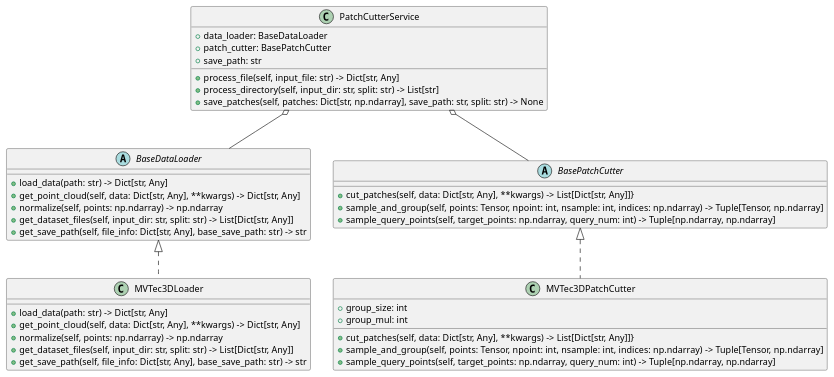
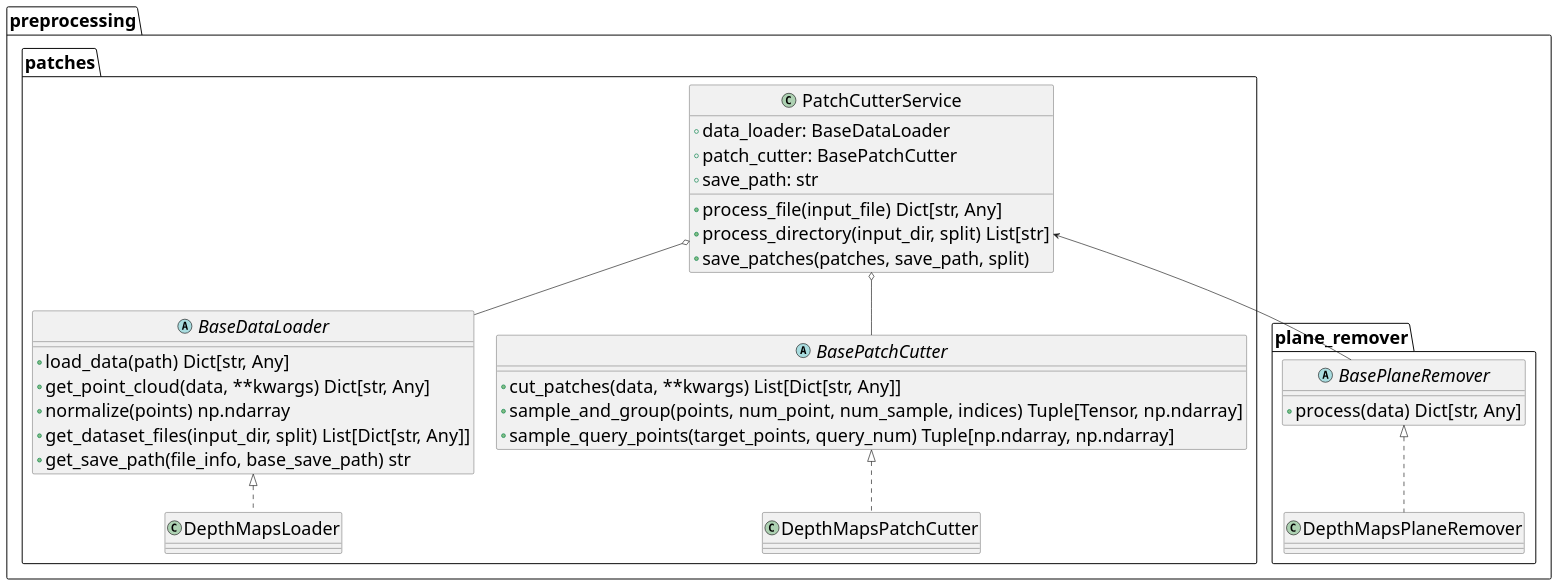
One commit to DaniiLBez/defects_detector changed the diagram in defects_detector/diagrams/puml/patch_cutter.puml. Above: the diagram before and after it, drawn with PlantUML. The commit also changed 2 other files, not shown here.

Commit message:
upd schemas

```diff
--- a/defects_detector/diagrams/puml/patch_cutter.puml
+++ b/defects_detector/diagrams/puml/patch_cutter.puml
@@ -1,51 +1,57 @@
 @startuml
 
-abstract class BaseDataLoader {
- + load_data(path: str) -> Dict[str, Any]
- + get_point_cloud(self, data: Dict[str, Any], **kwargs) -> Dict[str, Any]
- + normalize(self, points: np.ndarray) -> np.ndarray
- + get_dataset_files(self, input_dir: str, split: str) -> List[Dict[str, Any]]
- + get_save_path(self, file_info: Dict[str, Any], base_save_path: str) -> str
+<style>
+    classDiagram {
+        FontSize 28
+    }
+</style>
+
+package "preprocessing" {
+    package "preprocessing.patches" {
+        abstract class BaseDataLoader {
+         + load_data(path) Dict[str, Any]
+         + get_point_cloud(data, **kwargs) Dict[str, Any]
+         + normalize(points) np.ndarray
+         + get_dataset_files(input_dir, split) List[Dict[str, Any]]
+         + get_save_path(file_info, base_save_path) str
+        }
+
+        abstract class BasePatchCutter {
+         + cut_patches(data, **kwargs) List[Dict[str, Any]]
+         + sample_and_group(points, num_point, num_sample, indices) Tuple[Tensor, np.ndarray]
+         + sample_query_points(target_points, query_num) Tuple[np.ndarray, np.ndarray]
+        }
+
+        class DepthMapsLoader {}
+
+        class DepthMapsPatchCutter {}
+
+        class PatchCutterService {
+         + data_loader: BaseDataLoader
+         + patch_cutter: BasePatchCutter
+         + save_path: str
+
+         + process_file(input_file) Dict[str, Any]
+         + process_directory(input_dir, split) List[str]
+         + save_patches(patches, save_path, split)
+        }
+    }
+
+    package "preprocessing.plane_remover" {
+        abstract class BasePlaneRemover {
+            + process(data) Dict[str, Any]
+        }
+
+        class DepthMapsPlaneRemover {}
+    }
 }
 
-abstract class BasePatchCutter {
- + cut_patches(self, data: Dict[str, Any], **kwargs) -> List[Dict[str, Any]]}
- + sample_and_group(self, points: Tensor, npoint: int, nsample: int, indices: np.ndarray) -> Tuple[Tensor, np.ndarray]
- + sample_query_points(self, target_points: np.ndarray, query_num: int) -> Tuple[np.ndarray, np.ndarray]
-}
+BasePlaneRemover <|.. DepthMapsPlaneRemover
+BaseDataLoader <|.. DepthMapsLoader
+BasePatchCutter <|.. DepthMapsPatchCutter
 
-class MVTec3DLoader {
- + load_data(path: str) -> Dict[str, Any]
- + get_point_cloud(self, data: Dict[str, Any], **kwargs) -> Dict[str, Any]
- + normalize(self, points: np.ndarray) -> np.ndarray
- + get_dataset_files(self, input_dir: str, split: str) -> List[Dict[str, Any]]
- + get_save_path(self, file_info: Dict[str, Any], base_save_path: str) -> str
-
-}
-
-class MVTec3DPatchCutter {
- + group_size: int
- + group_mul: int
- + cut_patches(self, data: Dict[str, Any], **kwargs) -> List[Dict[str, Any]]}
- + sample_and_group(self, points: Tensor, npoint: int, nsample: int, indices: np.ndarray) -> Tuple[Tensor, np.ndarray]
- + sample_query_points(self, target_points: np.ndarray, query_num: int) -> Tuple[np.ndarray, np.ndarray]
-
-}
-
-class PatchCutterService {
- + data_loader: BaseDataLoader
- + patch_cutter: BasePatchCutter
- + save_path: str
-
- + process_file(self, input_file: str) -> Dict[str, Any]
- + process_directory(self, input_dir: str, split: str) -> List[str]
- + save_patches(self, patches: Dict[str, np.ndarray], save_path: str, split: str) -> None
-}
-
-BaseDataLoader <|.. MVTec3DLoader
-BasePatchCutter <|.. MVTec3DPatchCutter
-
+PatchCutterService <-- BasePlaneRemover
 PatchCutterService o-- BaseDataLoader
 PatchCutterService o-- BasePatchCutter
 
 @enduml
```
